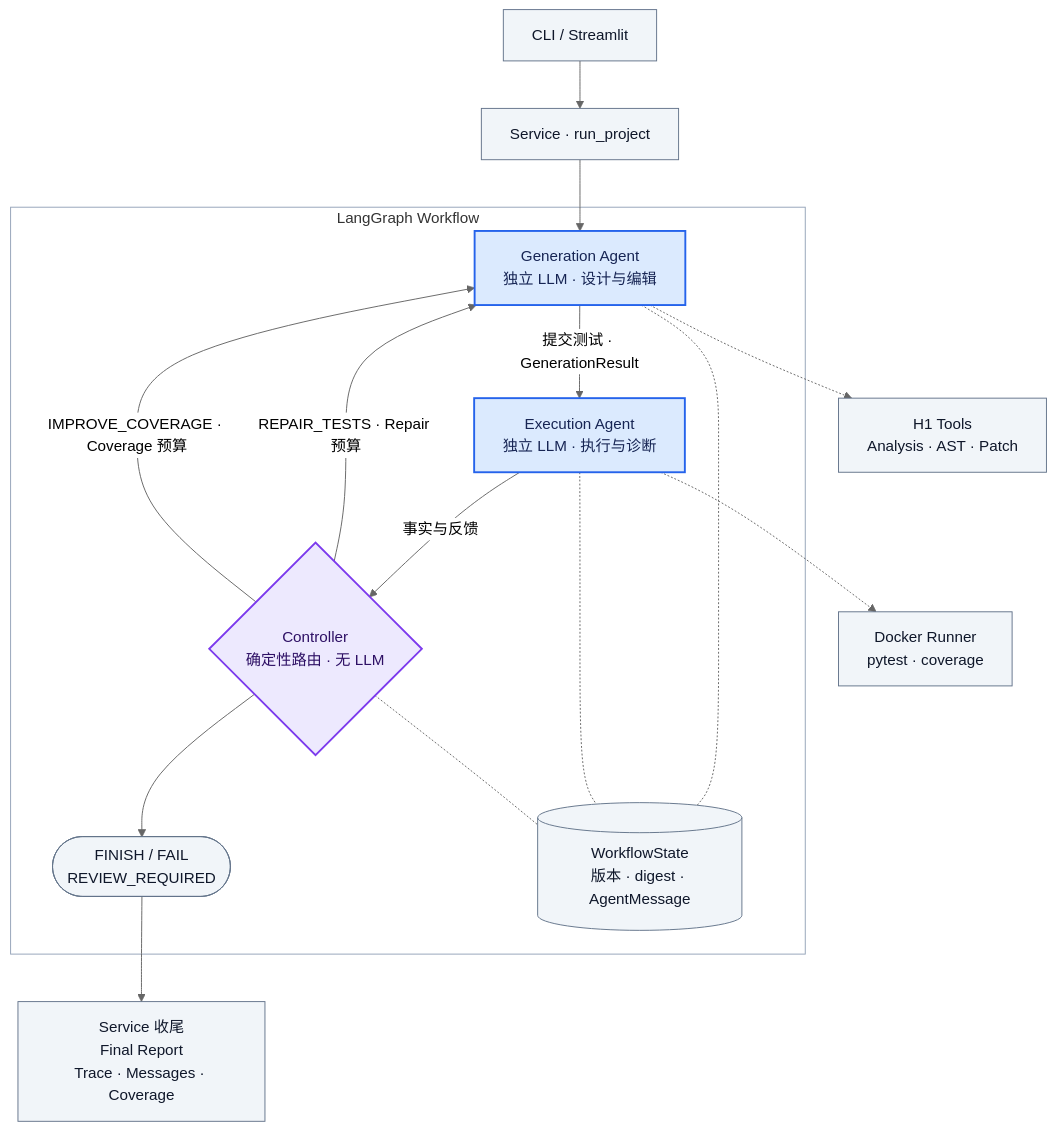
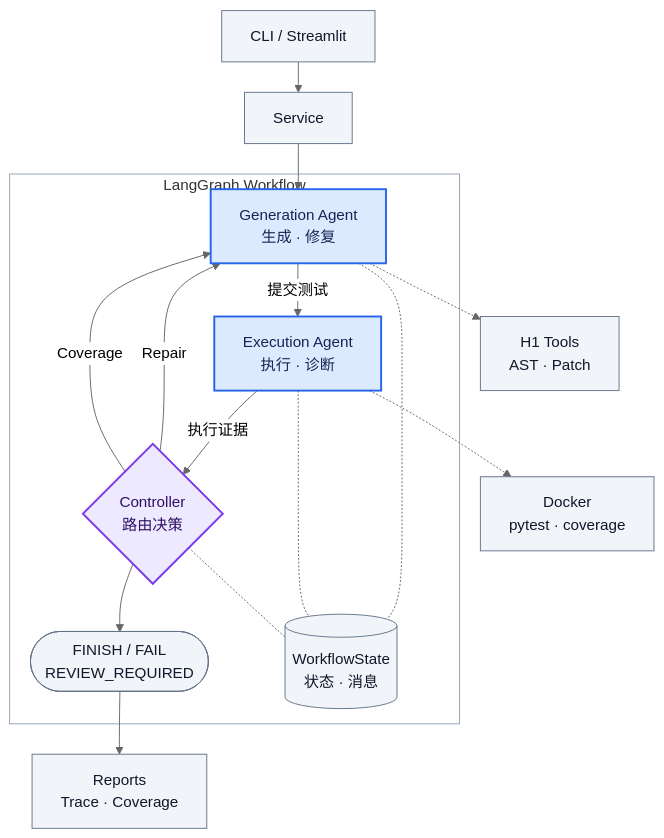
One commit to ycwang-April/SE2-TestPilot-WF changed the diagram in README.md. Above: the diagram before and after it, drawn with Mermaid (neutral theme). The commit also changed other lines of this file, not shown here.

Commit message:
docs: refine README architecture diagram and conda setup

````diff
--- a/README.md
+++ b/README.md
@@ -13,34 +13,35 @@
 ```mermaid
+%%{init: {"flowchart": {"nodeSpacing": 24, "rankSpacing": 32}}}%%
 flowchart TB
-    UI["CLI / Streamlit"] --> S["Service · run_project"]
+    UI["CLI / Streamlit"] --> S["Service"]
 
     subgraph WF["LangGraph Workflow"]
-        G["Generation Agent<br/>独立 LLM · 设计与编辑"]
-        E["Execution Agent<br/>独立 LLM · 执行与诊断"]
-        C{"Controller<br/>确定性路由 · 无 LLM"}
+        G["Generation Agent<br/>生成 · 修复"]
+        E["Execution Agent<br/>执行 · 诊断"]
+        C{"Controller<br/>路由决策"}
         T(["FINISH / FAIL<br/>REVIEW_REQUIRED"])
-        W[("WorkflowState<br/>版本 · digest · AgentMessage")]
+        W[("WorkflowState<br/>状态 · 消息")]
 
-        G -->|提交测试 · GenerationResult| E
-        E -->|事实与反馈| C
-        C -->|REPAIR_TESTS · Repair 预算| G
-        C -->|IMPROVE_COVERAGE · Coverage 预算| G
+        G -->|提交测试| E
+        E -->|执行证据| C
+        C -->|Repair| G
+        C -->|Coverage| G
         C --> T
         G -.- W
         E -.- W
         C -.- W
     end
 
     S --> G
-    G -.-> H["H1 Tools<br/>Analysis · AST · Patch"]
-    E -.-> D["Docker Runner<br/>pytest · coverage"]
-    T --> R["Service 收尾<br/>Final Report<br/>Trace · Messages · Coverage"]
+    G -.-> H["H1 Tools<br/>AST · Patch"]
+    E -.-> D["Docker<br/>pytest · coverage"]
+    T --> R["Reports<br/>Trace · Coverage"]
 
     classDef agent fill:#dbeafe,stroke:#2563eb,color:#172554,stroke-width:2px;
     classDef control fill:#ede9fe,stroke:#7c3aed,color:#2e1065,stroke-width:2px;
     classDef support fill:#f1f5f9,stroke:#64748b,color:#0f172a;
     class G,E agent;
     class C control;
     class UI,S,W,H,D,T,R support;
     style WF fill:transparent,stroke:#94a3b8
 ```
````
